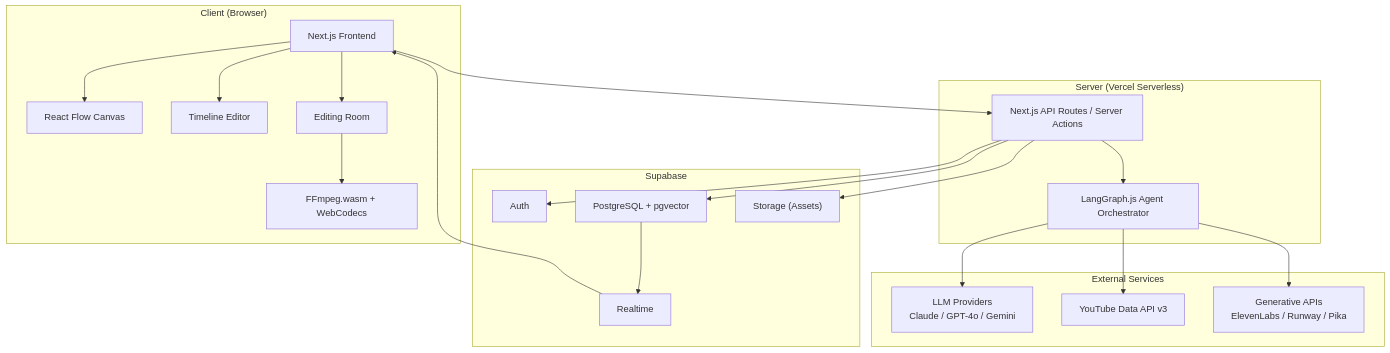
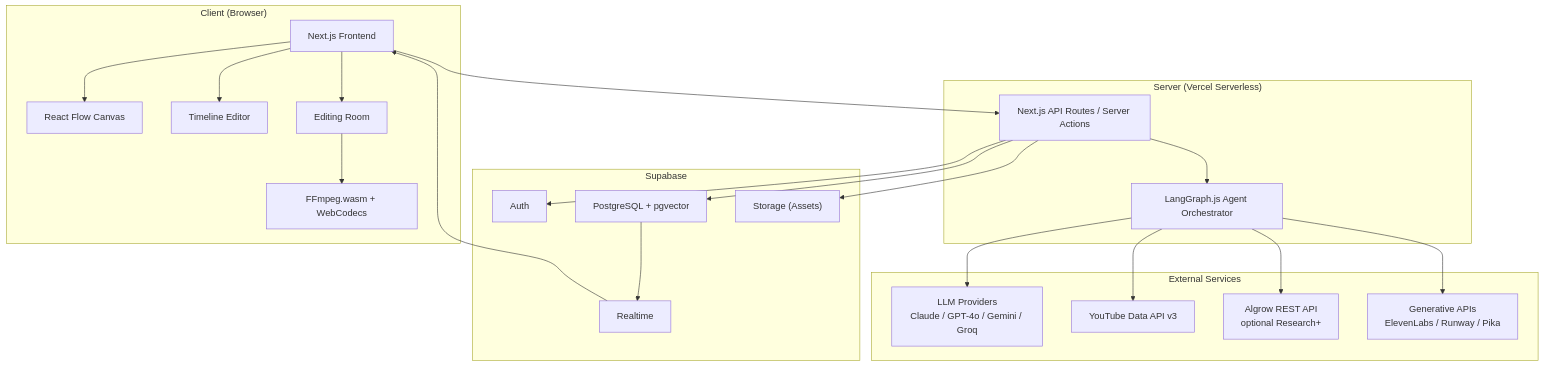
The first of 3 diagrams in DEVELOPMENT_PLAN.md (oheberson/creator_tool), drawn with Mermaid before and after one commit. The commit also changed other lines of this file and 22 other files, not shown here.

````diff
--- a/DEVELOPMENT_PLAN.md
+++ b/DEVELOPMENT_PLAN.md
@@ -158,45 +158,47 @@
 ```mermaid
 graph TD
     subgraph client ["Client (Browser)"]
         UI["Next.js Frontend"]
         Canvas["React Flow Canvas"]
         Timeline["Timeline Editor"]
         EditRoom["Editing Room"]
         FFmpeg["FFmpeg.wasm + WebCodecs"]
     end
 
     subgraph server ["Server (Vercel Serverless)"]
         API["Next.js API Routes / Server Actions"]
         LangGraph["LangGraph.js Agent Orchestrator"]
     end
 
     subgraph external ["External Services"]
-        LLM["LLM Providers\nClaude / GPT-4o / Gemini"]
+        LLM["LLM Providers\nClaude / GPT-4o / Gemini / Groq"]
         YouTube["YouTube Data API v3"]
+        Algrow["Algrow REST API\noptional Research+"]
         GenAI["Generative APIs\nElevenLabs / Runway / Pika"]
     end
 
     subgraph supabase ["Supabase"]
         Auth["Auth"]
         DB["PostgreSQL + pgvector"]
         Realtime["Realtime"]
         Storage["Storage (Assets)"]
     end
 
     UI --> Canvas
     UI --> Timeline
     UI --> EditRoom
     EditRoom --> FFmpeg
 
     UI --> API
     API --> LangGraph
     LangGraph --> LLM
     LangGraph --> YouTube
+    LangGraph --> Algrow
     LangGraph --> GenAI
 
     API --> Auth
     API --> DB
     API --> Storage
     DB --> Realtime
     Realtime --> UI
 ```
````
